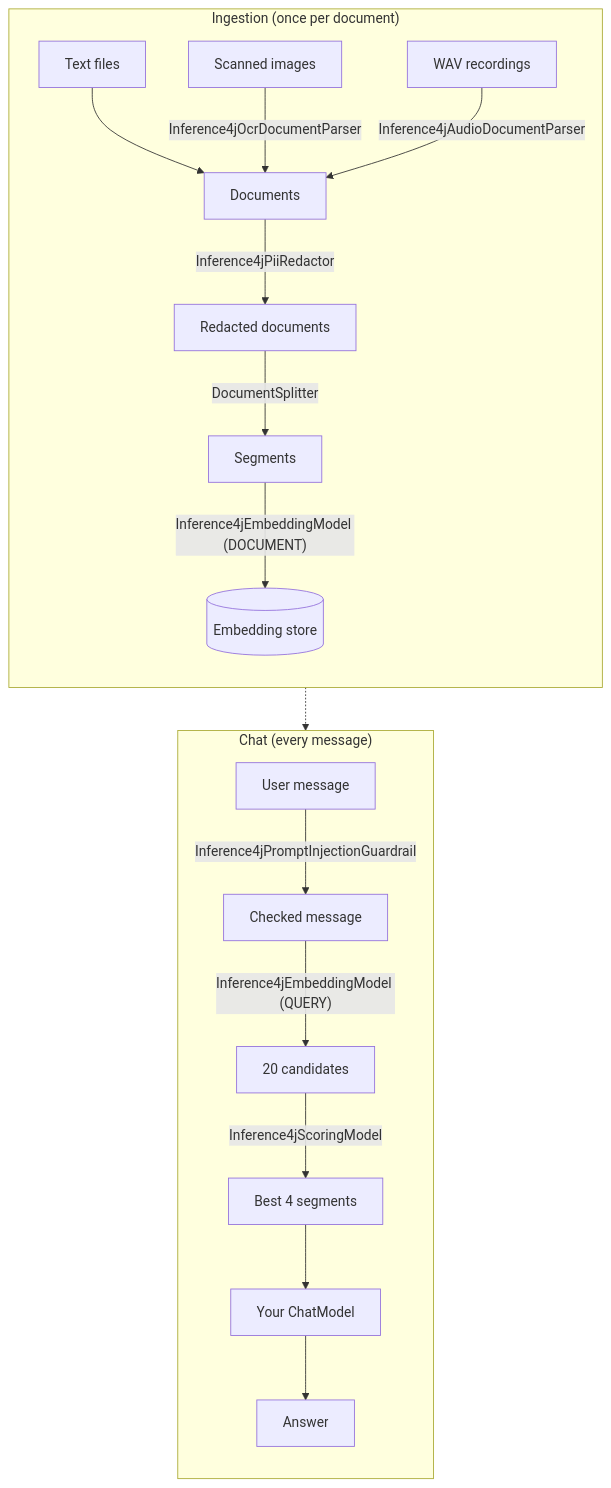
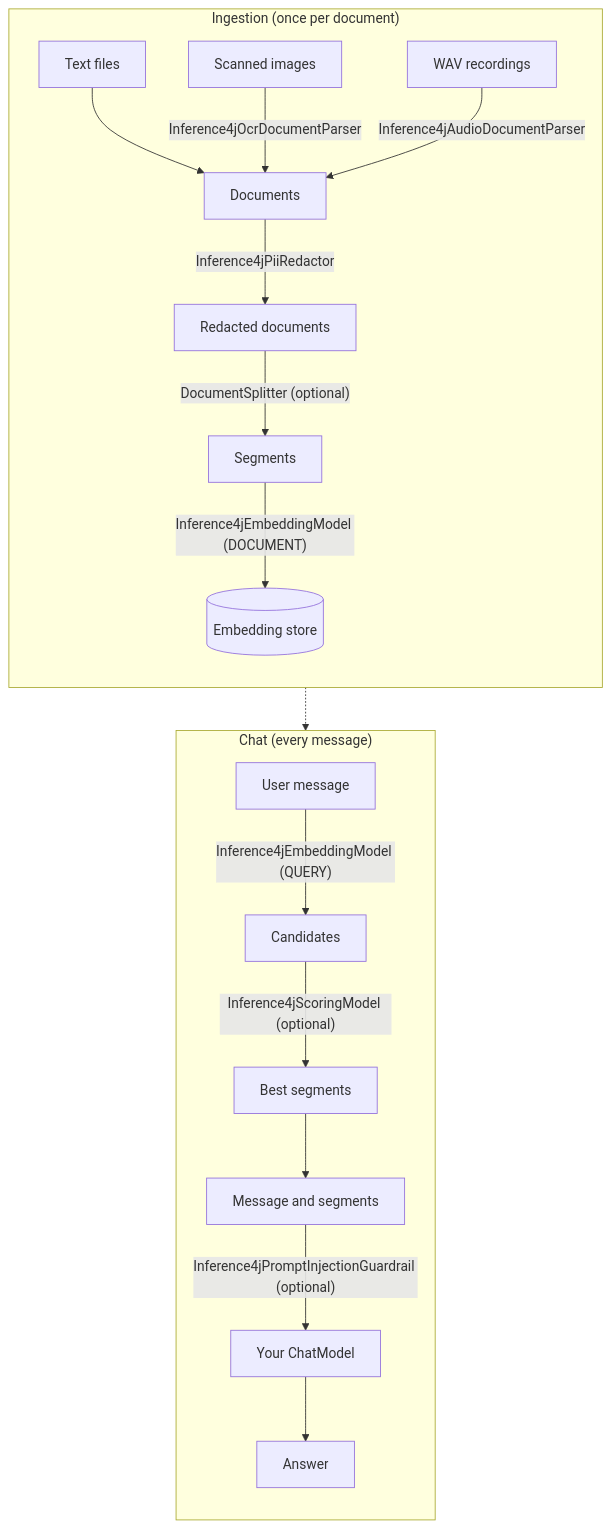
One commit to inference4j/inference4j changed the diagram in docs/guides/langchain4j/rag-pipeline.md. Above: the diagram before and after it, drawn with Mermaid. The commit also changed other lines of this file and 3 other files, not shown here.

````diff
--- a/docs/guides/langchain4j/rag-pipeline.md
+++ b/docs/guides/langchain4j/rag-pipeline.md
@@ -13,23 +13,23 @@
 ```mermaid
 flowchart TD
     subgraph ingestion["Ingestion (once per document)"]
         direction TB
         Files["Text files"] --> Docs
         Scans["Scanned images"] -->|Inference4jOcrDocumentParser| Docs
         Audio["WAV recordings"] -->|Inference4jAudioDocumentParser| Docs
         Docs["Documents"] -->|Inference4jPiiRedactor| Clean["Redacted documents"]
-        Clean -->|DocumentSplitter| Segments
+        Clean -->|"DocumentSplitter (optional)"| Segments
         Segments -->|"Inference4jEmbeddingModel (DOCUMENT)"| Store[("Embedding store")]
     end
 
     subgraph chat["Chat (every message)"]
         direction TB
-        User["User message"] -->|Inference4jPromptInjectionGuardrail| Safe["Checked message"]
-        Safe -->|"Inference4jEmbeddingModel (QUERY)"| Candidates["20 candidates"]
-        Candidates -->|Inference4jScoringModel| Best["Best 4 segments"]
-        Best --> LLM["Your ChatModel"]
+        User["User message"] -->|"Inference4jEmbeddingModel (QUERY)"| Candidates["Candidates"]
+        Candidates -->|"Inference4jScoringModel (optional)"| Best["Best segments"]
+        Best --> Check["Message and segments"]
+        Check -->|"Inference4jPromptInjectionGuardrail (optional)"| LLM["Your ChatModel"]
         LLM --> Answer
     end
 
     Store -.-> Candidates
 ```
````
